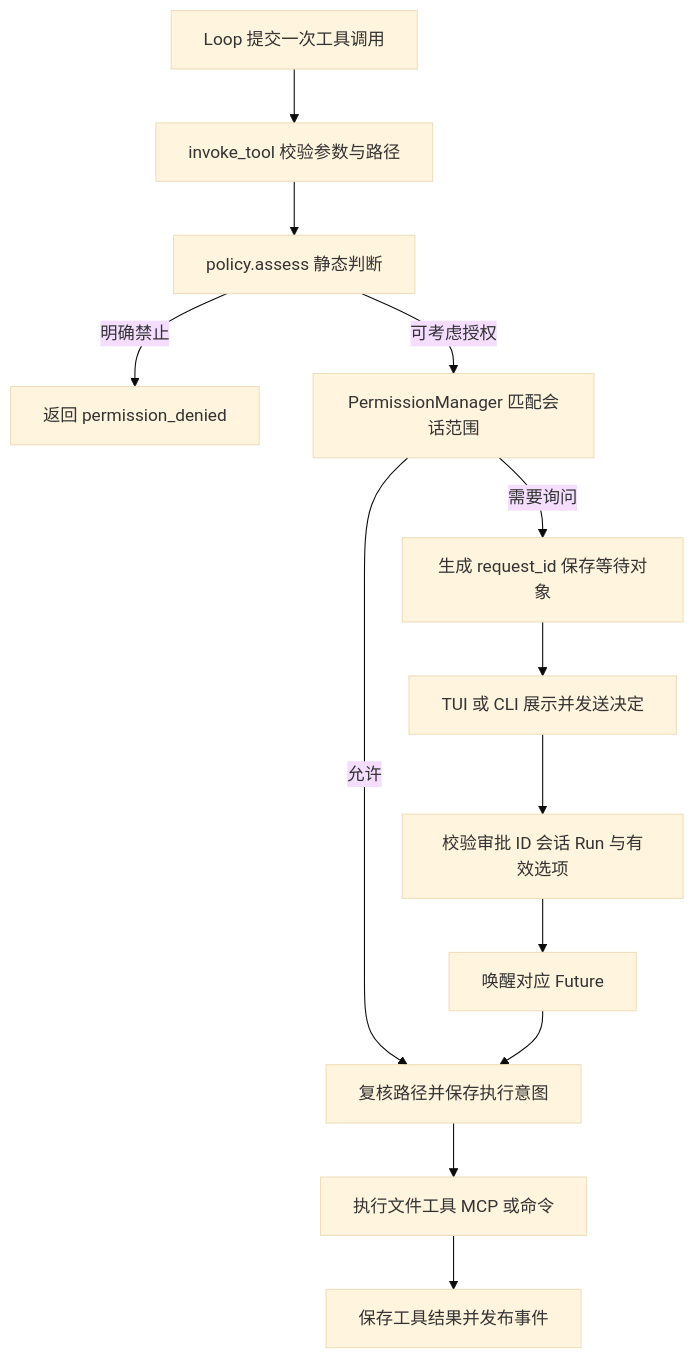
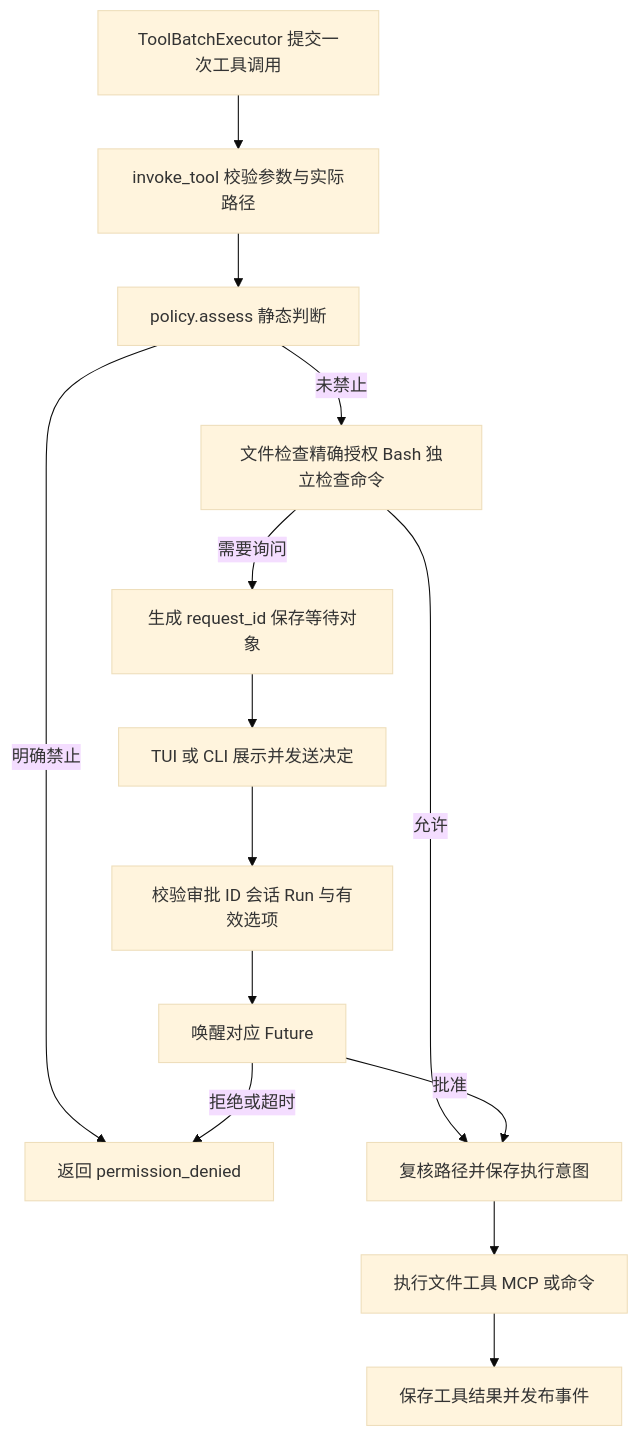
One commit to 6xiaoming6/KamaClaude changed the diagram in docs/S10-工具审批与执行环境.md. Above: the diagram before and after it, drawn with Mermaid (base theme). The commit also changed other lines of this file and 79 other files, not shown here.

````diff
--- a/docs/S10-工具审批与执行环境.md
+++ b/docs/S10-工具审批与执行环境.md
@@ -24,15 +26,16 @@
 ```mermaid
 flowchart TD
-    A[Loop 提交一次工具调用] --> B[invoke_tool 校验参数与路径]
+    A[ToolBatchExecutor 提交一次工具调用] --> B[invoke_tool 校验参数与实际路径]
     B --> C[policy.assess 静态判断]
     C -->|明确禁止| D[返回 permission_denied]
-    C -->|可考虑授权| E[PermissionManager 匹配会话范围]
+    C -->|未禁止| E[文件检查精确授权 Bash 独立检查命令]
     E -->|需要询问| F[生成 request_id 保存等待对象]
     F --> G[TUI 或 CLI 展示并发送决定]
     G --> H[校验审批 ID 会话 Run 与有效选项]
     H --> I[唤醒对应 Future]
     E -->|允许| J[复核路径并保存执行意图]
-    I --> J
+    I -->|批准| J
+    I -->|拒绝或超时| D
     J --> K[执行文件工具 MCP 或命令]
     K --> L[保存工具结果并发布事件]
 ```
````
